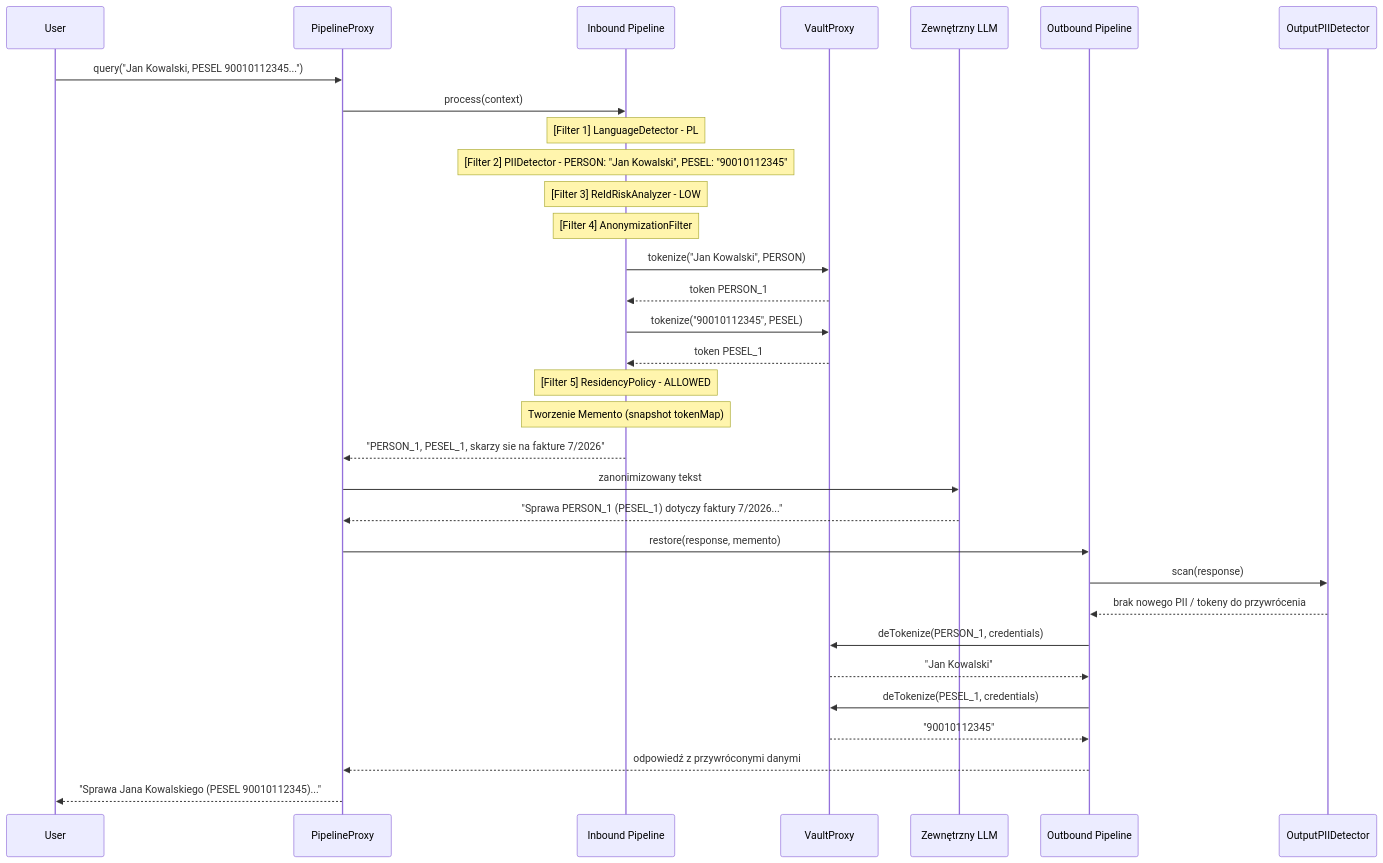
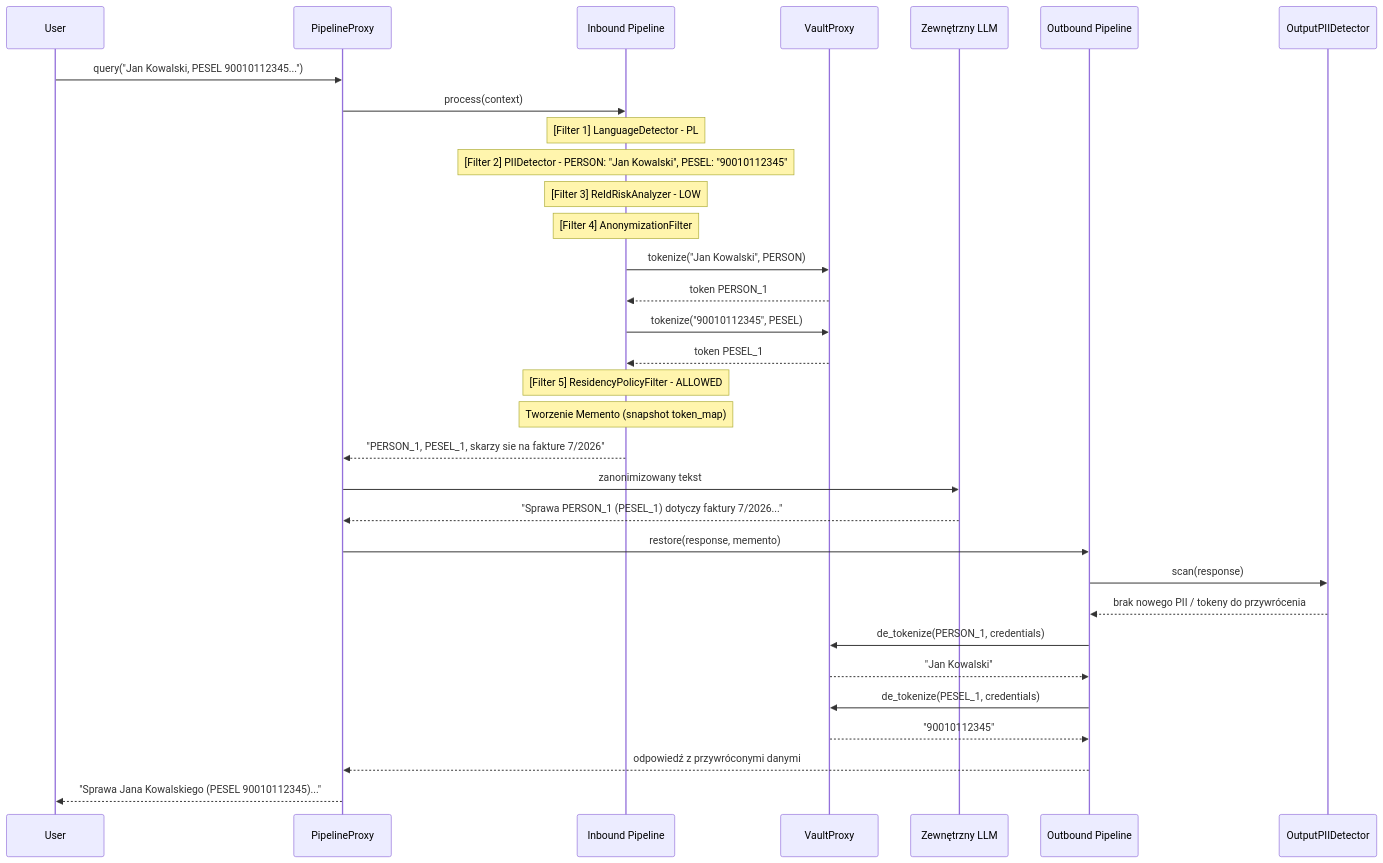
One commit to gniewekk/Privacy-Preserving-Context-Pipeline-for-LLMs-DP changed the eighth of 14 diagrams in ARCHITECTURE.md. Above: the diagram before and after it, drawn with Mermaid. The commit also changed other lines of this file and 30 other files, not shown here.

````diff
--- a/ARCHITECTURE.md
+++ b/ARCHITECTURE.md
@@ -480,40 +480,40 @@
 ```mermaid
 sequenceDiagram
     participant User
     participant Proxy as PipelineProxy
     participant InPipe as Inbound Pipeline
     participant Vault as VaultProxy
     participant LLM as Zewnętrzny LLM
     participant OutPipe as Outbound Pipeline
     participant OutputPII as OutputPIIDetector
 
     User->>Proxy: query("Jan Kowalski, PESEL 90010112345...")
     Proxy->>InPipe: process(context)
 
     Note over InPipe: [Filter 1] LanguageDetector - PL
     Note over InPipe: [Filter 2] PIIDetector - PERSON: "Jan Kowalski", PESEL: "90010112345"
     Note over InPipe: [Filter 3] ReIdRiskAnalyzer - LOW
     Note over InPipe: [Filter 4] AnonymizationFilter
 
     InPipe->>Vault: tokenize("Jan Kowalski", PERSON)
     Vault-->>InPipe: token PERSON_1
     InPipe->>Vault: tokenize("90010112345", PESEL)
     Vault-->>InPipe: token PESEL_1
 
-    Note over InPipe: [Filter 5] ResidencyPolicy - ALLOWED
-    Note over InPipe: Tworzenie Memento (snapshot tokenMap)
+    Note over InPipe: [Filter 5] ResidencyPolicyFilter - ALLOWED
+    Note over InPipe: Tworzenie Memento (snapshot token_map)
 
     InPipe-->>Proxy: "PERSON_1, PESEL_1, skarzy sie na fakture 7/2026"
     Proxy->>LLM: zanonimizowany tekst
     LLM-->>Proxy: "Sprawa PERSON_1 (PESEL_1) dotyczy faktury 7/2026..."
 
     Proxy->>OutPipe: restore(response, memento)
     OutPipe->>OutputPII: scan(response)
     OutputPII-->>OutPipe: brak nowego PII / tokeny do przywrócenia
-    OutPipe->>Vault: deTokenize(PERSON_1, credentials)
+    OutPipe->>Vault: de_tokenize(PERSON_1, credentials)
     Vault-->>OutPipe: "Jan Kowalski"
-    OutPipe->>Vault: deTokenize(PESEL_1, credentials)
+    OutPipe->>Vault: de_tokenize(PESEL_1, credentials)
     Vault-->>OutPipe: "90010112345"
     OutPipe-->>Proxy: odpowiedź z przywróconymi danymi
     Proxy-->>User: "Sprawa Jana Kowalskiego (PESEL 90010112345)..."
 ```
````
